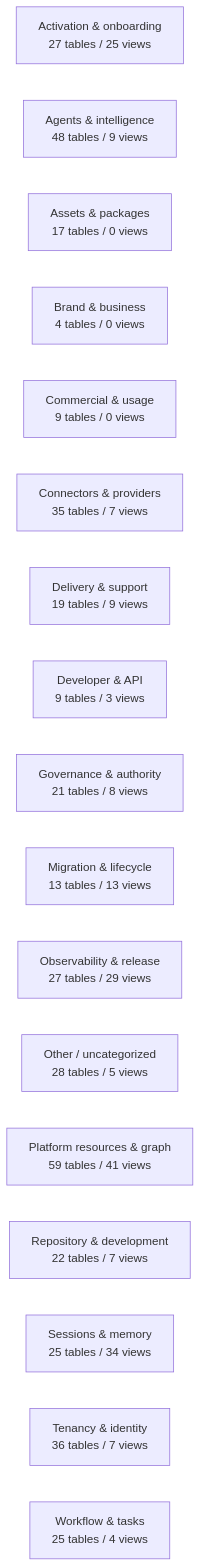
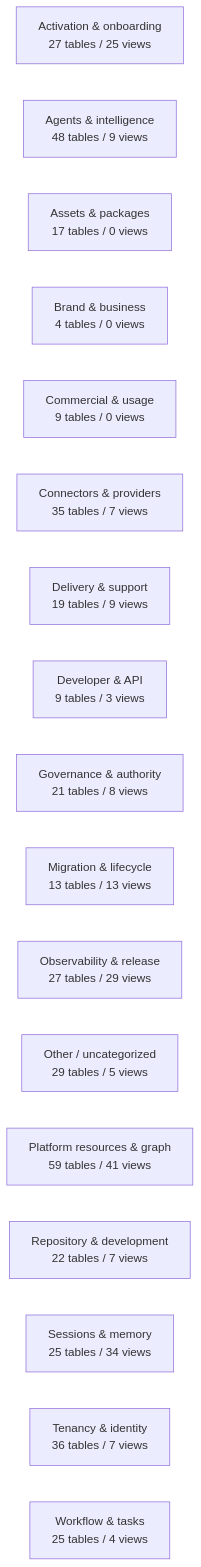
Before and after one commit to mad4bdigital-ai/multi-business-multi-role-growth-intelligence-os: the diagram in docs/work-maps/data-model-domain-map.md, drawn with Mermaid. The commit also changed other lines of this file and 3 other files, not shown here.

````diff
--- a/docs/work-maps/data-model-domain-map.md
+++ b/docs/work-maps/data-model-domain-map.md
@@ -9,20 +9,20 @@
 ```mermaid
 flowchart LR
   n_Activation___onboarding["Activation & onboarding<br/>27 tables / 25 views"]
   n_Agents___intelligence["Agents & intelligence<br/>48 tables / 9 views"]
   n_Assets___packages["Assets & packages<br/>17 tables / 0 views"]
   n_Brand___business["Brand & business<br/>4 tables / 0 views"]
   n_Commercial___usage["Commercial & usage<br/>9 tables / 0 views"]
   n_Connectors___providers["Connectors & providers<br/>35 tables / 7 views"]
   n_Delivery___support["Delivery & support<br/>19 tables / 9 views"]
   n_Developer___API["Developer & API<br/>9 tables / 3 views"]
   n_Governance___authority["Governance & authority<br/>21 tables / 8 views"]
   n_Migration___lifecycle["Migration & lifecycle<br/>13 tables / 13 views"]
   n_Observability___release["Observability & release<br/>27 tables / 29 views"]
-  n_Other___uncategorized["Other / uncategorized<br/>28 tables / 5 views"]
+  n_Other___uncategorized["Other / uncategorized<br/>29 tables / 5 views"]
   n_Platform_resources___graph["Platform resources & graph<br/>59 tables / 41 views"]
   n_Repository___development["Repository & development<br/>22 tables / 7 views"]
   n_Sessions___memory["Sessions & memory<br/>25 tables / 34 views"]
   n_Tenancy___identity["Tenancy & identity<br/>36 tables / 7 views"]
   n_Workflow___tasks["Workflow & tasks<br/>25 tables / 4 views"]
 ```
````
